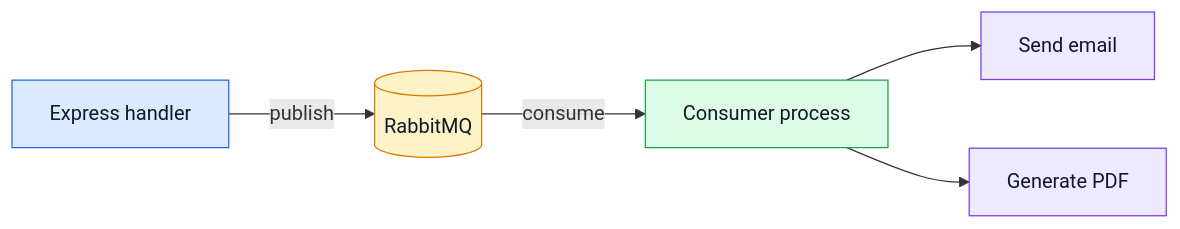
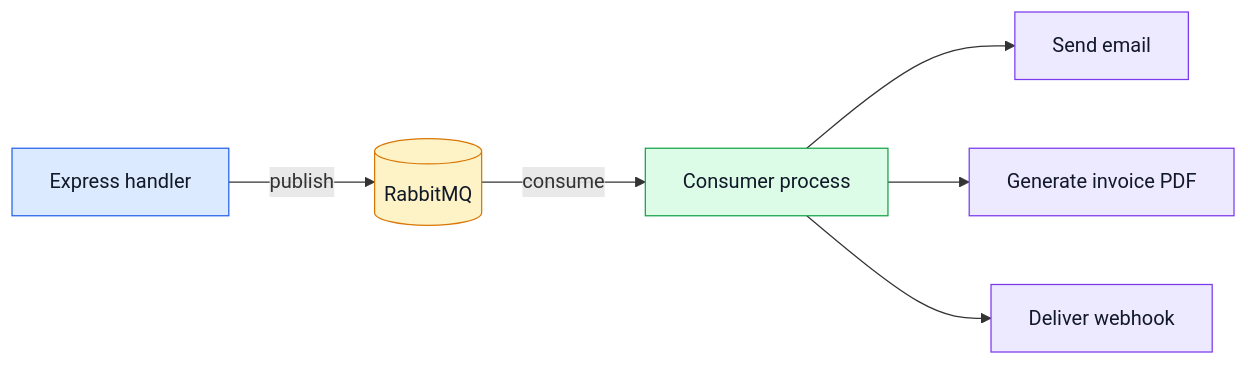
One commit to Guebbit/boilerplate-node-backend changed the first of 3 diagrams in docs/tools/rabbitmq.md. Above: the diagram before and after it, drawn with Mermaid. The commit also changed other lines of this file and 7 other files, not shown here.

First line of the commit message:
docs(orders,rabbitmq): document the async invoice PDF pipeline

````diff
--- a/docs/tools/rabbitmq.md
+++ b/docs/tools/rabbitmq.md
@@ -27,17 +28,18 @@
 ```mermaid
 %%{init: {'flowchart': {'nodeSpacing': 55, 'rankSpacing': 65}}}%%
 flowchart LR
     API[Express handler] -->|publish| RMQ[(RabbitMQ)]
     RMQ -->|consume| Worker[Consumer process]
     Worker --> SMTP[Send email]
-    Worker --> PDF[Generate PDF]
+    Worker --> PDF[Generate invoice PDF]
+    Worker --> Hook[Deliver webhook]
 
     classDef app fill:#dbeafe,stroke:#2563eb,color:#111827;
     classDef queue fill:#fef3c7,stroke:#d97706,color:#111827;
     classDef worker fill:#dcfce7,stroke:#16a34a,color:#111827;
     classDef outbound fill:#ede9fe,stroke:#7c3aed,color:#111827;
     class API app;
     class RMQ queue;
     class Worker worker;
-    class SMTP,PDF outbound;
+    class SMTP,PDF,Hook outbound;
 ```
````
